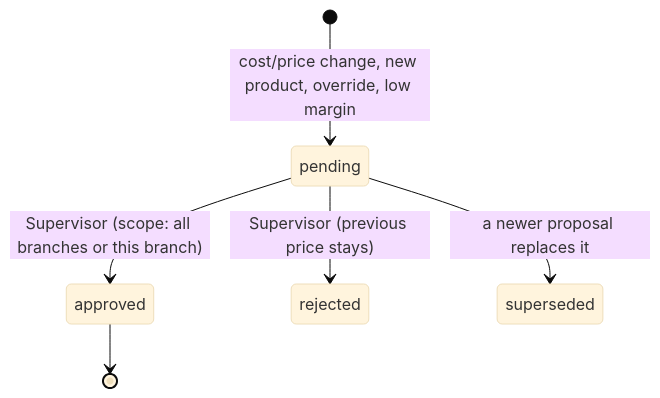
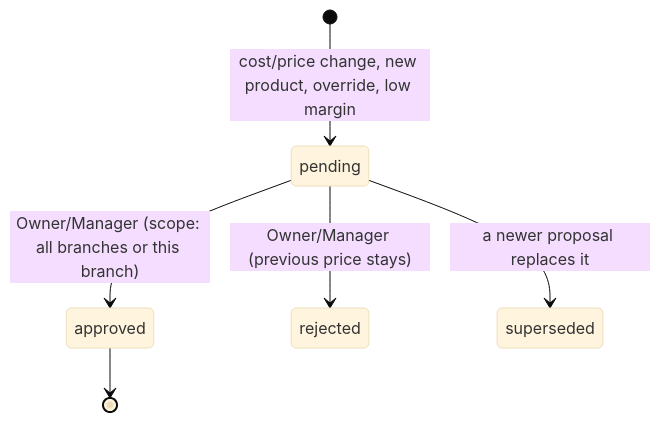
The second of 4 diagrams in docs/workflows.md (ababamahmoudi/Supermarket-Inventory), drawn with Mermaid (base theme) before and after one commit. The commit also changed other lines of this file and 13 other files, not shown here.

````diff
--- a/docs/workflows.md
+++ b/docs/workflows.md
@@ -53,8 +53,8 @@
 ```mermaid
 stateDiagram-v2
   [*] --> pending: cost/price change, new product, override, low margin
-  pending --> approved: Supervisor (scope: all branches or this branch)
-  pending --> rejected: Supervisor (previous price stays)
+  pending --> approved: Owner/Manager (scope: all branches or this branch)
+  pending --> rejected: Owner/Manager (previous price stays)
   pending --> superseded: a newer proposal replaces it
   approved --> [*]
 ```
````
